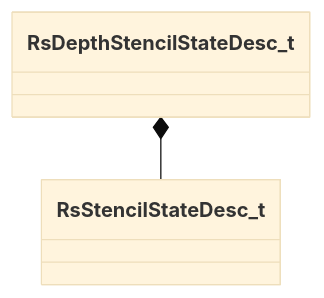
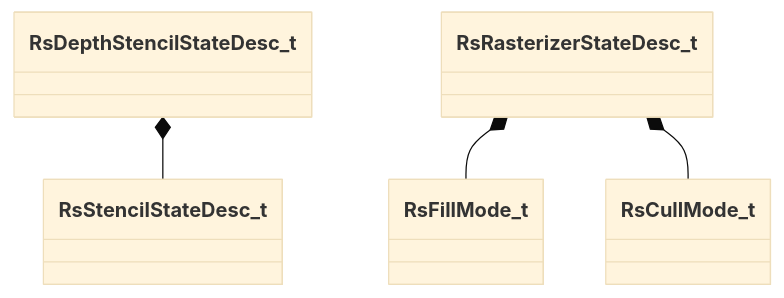
Before and after one commit to CS2OpenDev/CS2OpenDev-Docs: the diagram in docs/generated/diagrams/rendersystemdx11.md, drawn with Mermaid (base theme). The commit also changed 2956 other files, not shown here.

````diff
--- a/docs/generated/diagrams/rendersystemdx11.md
+++ b/docs/generated/diagrams/rendersystemdx11.md
@@ -14,4 +14,6 @@
 ```mermaid
 classDiagram
     RsDepthStencilStateDesc_t *-- RsStencilStateDesc_t
+    RsRasterizerStateDesc_t *-- RsFillMode_t
+    RsRasterizerStateDesc_t *-- RsCullMode_t
 ```
````
